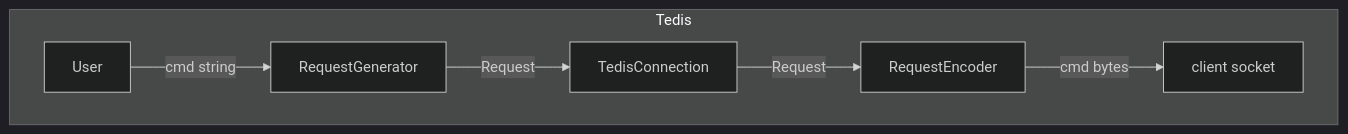
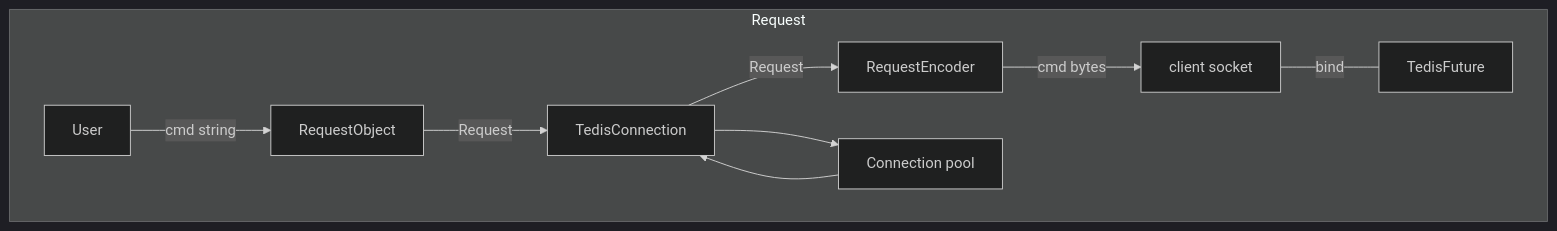
The first of 2 diagrams in doc/TedisDoc.md (innun/Tedis), drawn with Mermaid (dark theme) before and after one commit. The commit also changed other lines of this file and 27 other files, not shown here.

````diff
--- a/doc/TedisDoc.md
+++ b/doc/TedisDoc.md
@@ -97,15 +44,18 @@
 ```mermaid
 graph TD   
-   subgraph Tedis
-   A[User] --cmd string--> B[RequestGenerator]
+   subgraph Request
+   A[User] --cmd string--> B[RequestObject]
    B --Request--> C[TedisConnection]
    C --Request--> D[RequestEncoder]
    D --cmd bytes--> E[client socket]
+   F[Connection pool] --> C
+   C --> F
+   E --bind--- G[TedisFuture]
    end
    
    
 
   
    
    
 ```
````
